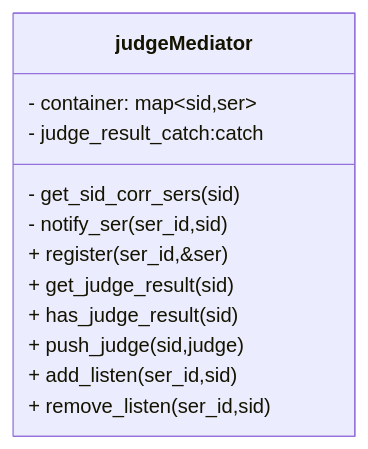
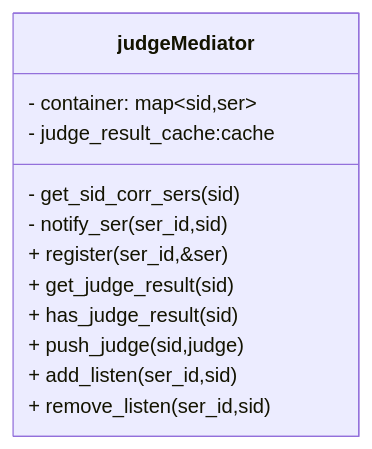
Before and after one commit to rainboyOJ/new_rojcpp: the second of 2 diagrams in docs/judge.md, drawn with Mermaid. The commit also changed other lines of this file and 14 other files, not shown here.

````diff
--- a/docs/judge.md
+++ b/docs/judge.md
@@ -17,15 +37,15 @@
 ```mermaid
 classDiagram
     class judgeMediator {
         - container: map&lt;sid,ser&gt;
-        - judge_result_catch:catch
+        - judge_result_cache:cache
         - get_sid_corr_sers(sid)
         - notify_ser(ser_id,sid)
         + register(ser_id,&ser)
         + get_judge_result(sid)
         + has_judge_result(sid)
         + push_judge(sid,judge)
         + add_listen(ser_id,sid)
         + remove_listen(ser_id,sid)
     }
 ```
````
